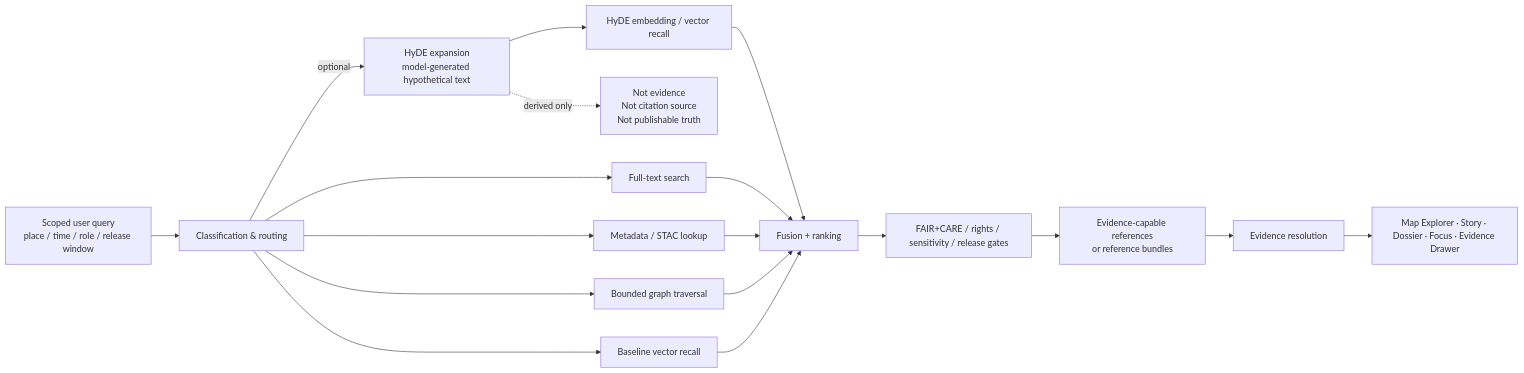
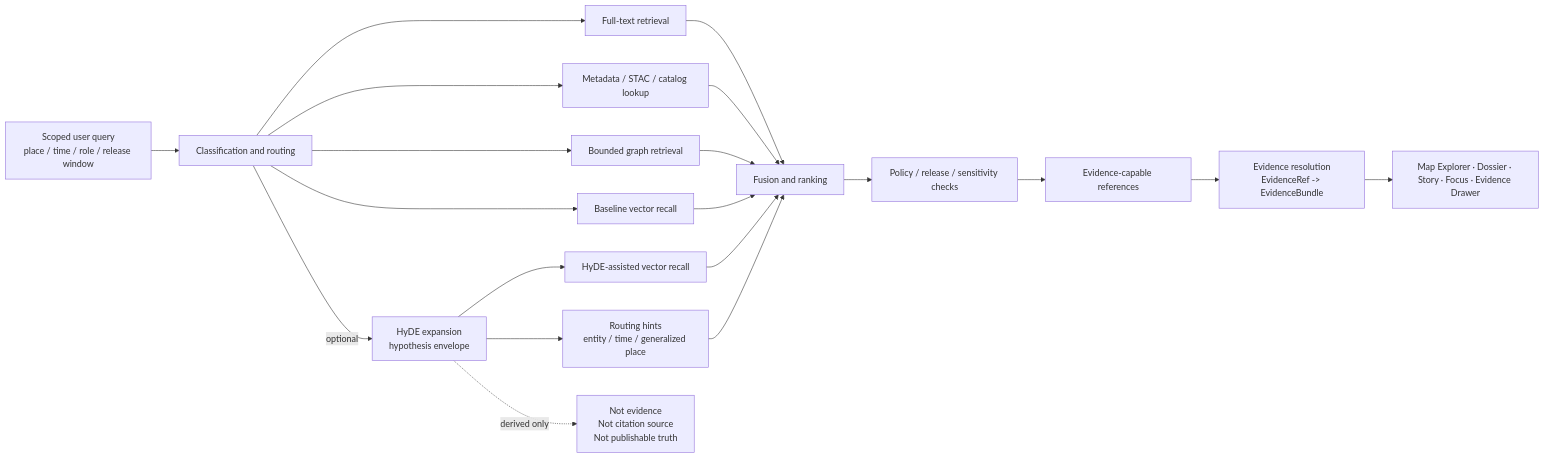
One commit to bartytime4life/Kansas-Frontier-Matrix changed the diagram in docs/search/drift/hyde/README.md. Above: the diagram before and after it, drawn with Mermaid. The commit also changed other lines of this file, not shown here.

````diff
--- a/docs/search/drift/hyde/README.md
+++ b/docs/search/drift/hyde/README.md
@@ -226,24 +274,27 @@
 ```mermaid
 flowchart LR
-    Q[Scoped user query<br/>place / time / role / release window] --> C[Classification & routing]
+    Q[Scoped user query<br/>place / time / role / release window] --> C[Classification and routing]
 
-    C -->|optional| H[HyDE expansion<br/>model-generated hypothetical text]
-    C --> FTS[Full-text search]
-    C --> M[Metadata / STAC lookup]
-    C --> G[Bounded graph traversal]
+    C -->|optional| H[HyDE expansion<br/>hypothesis envelope]
+    C --> FTS[Full-text retrieval]
+    C --> META[Metadata / STAC / catalog lookup]
+    C --> G[Bounded graph retrieval]
     C --> V0[Baseline vector recall]
 
-    H --> V1[HyDE embedding / vector recall]
-    V0 --> F[Fusion + ranking]
+    H --> V1[HyDE-assisted vector recall]
+    H --> RH[Routing hints<br/>entity / time / generalized place]
+
+    FTS --> F[Fusion and ranking]
+    META --> F
+    G --> F
+    V0 --> F
     V1 --> F
-    FTS --> F
-    M --> F
-    G --> F
+    RH --> F
 
-    F --> P[FAIR+CARE / rights / sensitivity / release gates]
-    P --> R[Evidence-capable references<br/>or reference bundles]
-    R --> E[Evidence resolution]
-    E --> S[Map Explorer · Story · Dossier · Focus · Evidence Drawer]
+    F --> P[Policy / release / sensitivity checks]
+    P --> R[Evidence-capable references]
+    R --> E[Evidence resolution<br/>EvidenceRef -> EvidenceBundle]
+    E --> S[Map Explorer · Dossier · Story · Focus · Evidence Drawer]
 
     H -. derived only .-> X[Not evidence<br/>Not citation source<br/>Not publishable truth]
 ```
````
